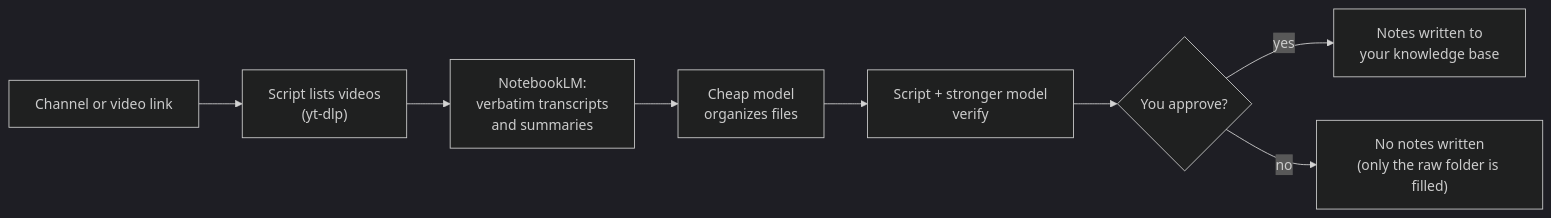
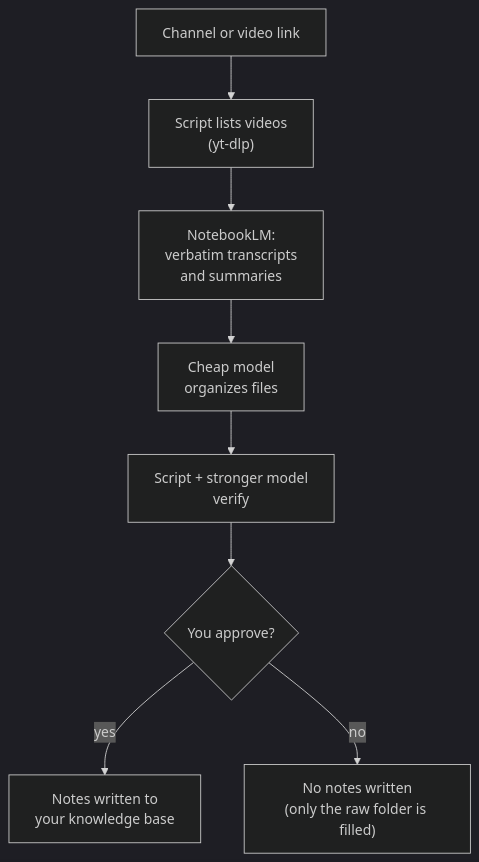
One commit to jenny-gecglr/youtube-to-second-brain changed the diagram in README.md. Above: the diagram before and after it, drawn with Mermaid (dark theme).

Commit message:
Use vertical layout for the workflow diagram

````diff
--- a/README.md
+++ b/README.md
@@ -22,10 +22,10 @@
 ```mermaid
-flowchart LR
+flowchart TD
     A["Channel or video link"] --> B["Script lists videos<br/>(yt-dlp)"]
     B --> C["NotebookLM:<br/>verbatim transcripts<br/>and summaries"]
     C --> D["Cheap model<br/>organizes files"]
     D --> E["Script + stronger model<br/>verify"]
     E --> F{"You approve?"}
     F -- yes --> G["Notes written to<br/>your knowledge base"]
     F -- no --> H["No notes written<br/>(only the raw folder is filled)"]
 ```
````
